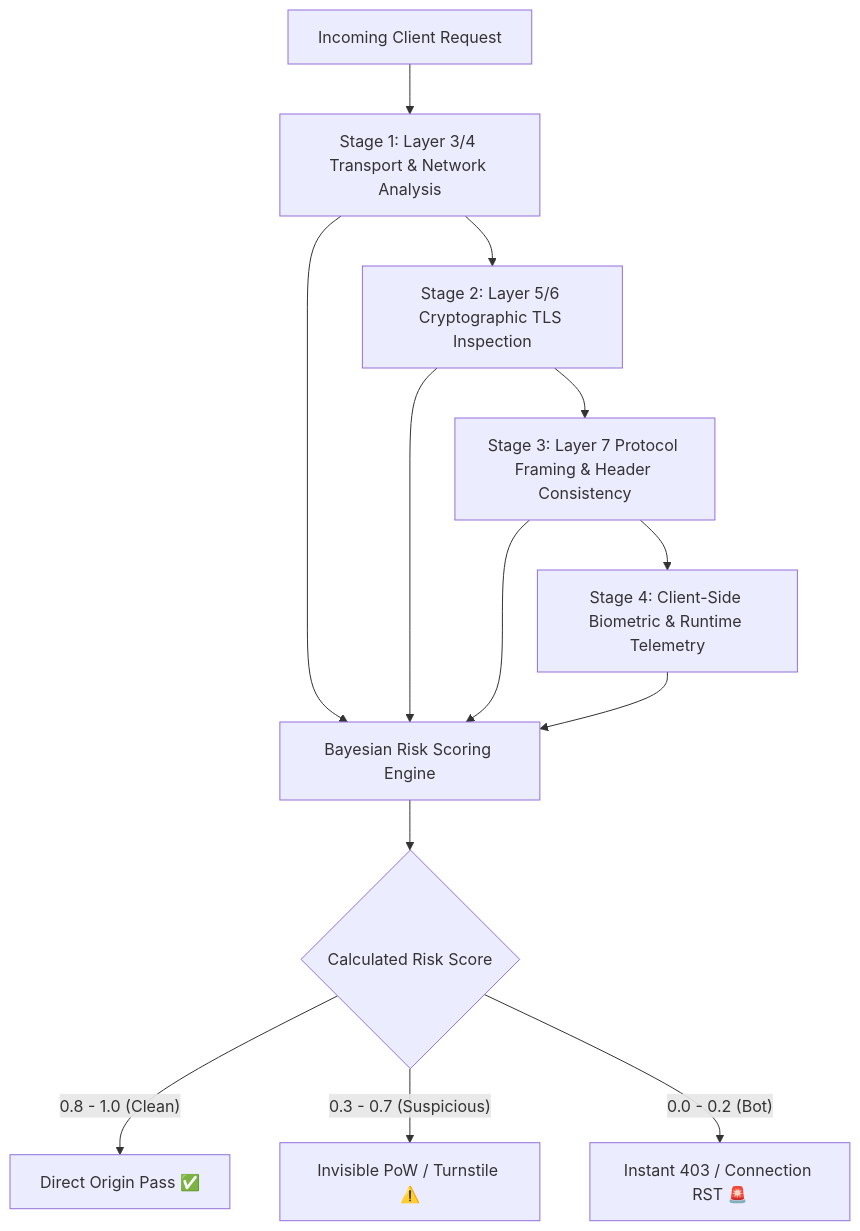
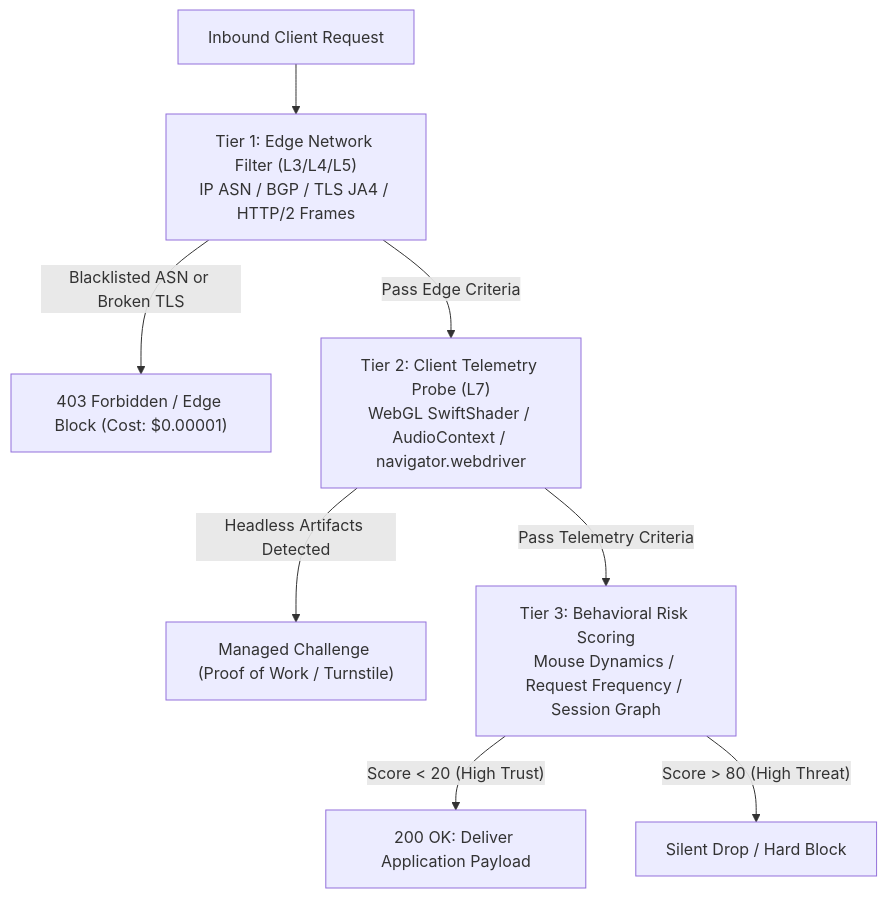
One commit to naimurhasan/naimurhasan.github.io changed the first of 3 diagrams in _posts/2026-10-19-how-modern-bot-detection-systems-actually-work.md. Above: the diagram before and after it, drawn with Mermaid. The commit also changed other lines of this file and 23 other files, not shown here.

````diff
--- a/_posts/2026-10-19-how-modern-bot-detection-systems-actually-work.md
+++ b/_posts/2026-10-19-how-modern-bot-detection-systems-actually-work.md
@@ -116,14 +30,10 @@
 ```mermaid
 flowchart TD
-  Conn["Incoming Client Request"] --> S1["Stage 1: Layer 3/4 Transport & Network Analysis"]
-  S1 --> S2["Stage 2: Layer 5/6 Cryptographic TLS Inspection"]
-  S2 --> S3["Stage 3: Layer 7 Protocol Framing & Header Consistency"]
-  S3 --> S4["Stage 4: Client-Side Biometric & Runtime Telemetry"]
-  
-  S1 & S2 & S3 & S4 --> Engine["Bayesian Risk Scoring Engine"]
-  Engine --> Score{"Calculated Risk Score"}
-  
-  Score -- "0.8 - 1.0 (Clean)" --> Allow["Direct Origin Pass ✅"]
-  Score -- "0.3 - 0.7 (Suspicious)" --> Challenge["Invisible PoW / Turnstile ⚠️"]
-  Score -- "0.0 - 0.2 (Bot)" --> Block["Instant 403 / Connection RST 🚨"]
+  Req["Inbound Client Request"] --> T1["Tier 1: Edge Network Filter (L3/L4/L5)<br/>IP ASN / BGP / TLS JA4 / HTTP/2 Frames"]
+  T1 -- "Blacklisted ASN or Broken TLS" --> Block1["403 Forbidden / Edge Block (Cost: $0.00001)"]
+  T1 -- "Pass Edge Criteria" --> T2["Tier 2: Client Telemetry Probe (L7)<br/>WebGL SwiftShader / AudioContext / navigator.webdriver"]
+  T2 -- "Headless Artifacts Detected" --> Challenge["Managed Challenge (Proof of Work / Turnstile)"]
+  T2 -- "Pass Telemetry Criteria" --> T3["Tier 3: Behavioral Risk Scoring<br/>Mouse Dynamics / Request Frequency / Session Graph"]
+  T3 -- "Score < 20 (High Trust)" --> Pass["200 OK: Deliver Application Payload"]
+  T3 -- "Score > 80 (High Threat)" --> Block2["Silent Drop / Hard Block"]
 ```
````
